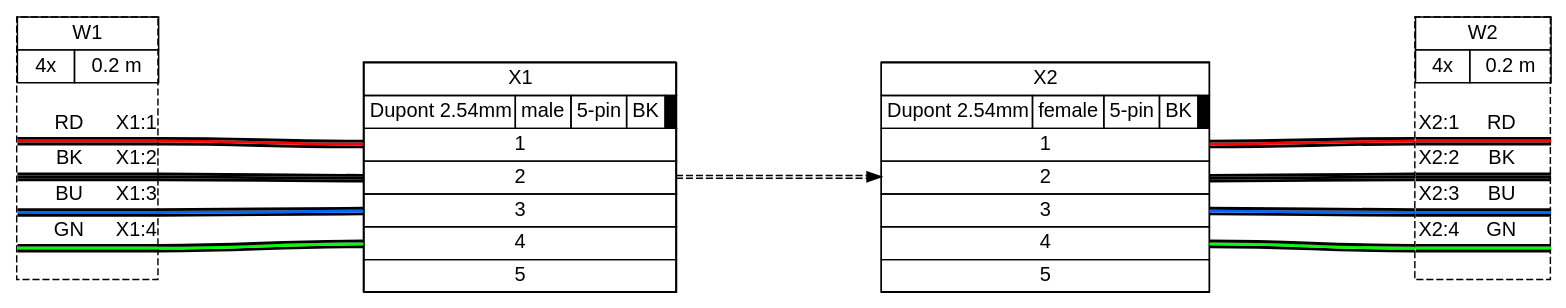
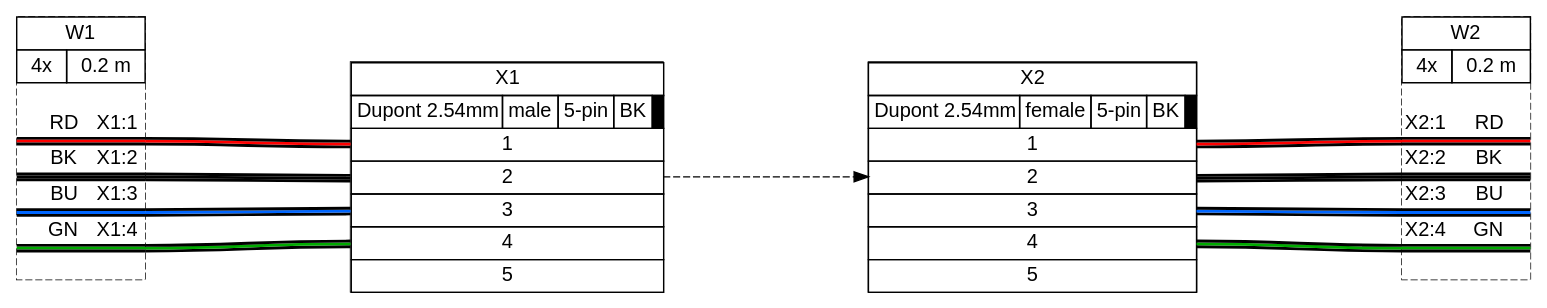
One commit to tobiasfalk/WireViz changed the diagram in examples/ex12.gv. Above: the diagram before and after it, drawn with Graphviz. The commit also changed 121 other files, not shown here.

```diff
--- a/examples/ex12.gv
+++ b/examples/ex12.gv
@@ -1,269 +1,383 @@
 graph {
-// Graph generated by WireViz 0.4-dev
-// https://github.com/formatc1702/WireViz
+// Graph generated by WireViz 0.5-dev+refactor
+// https://github.com/wireviz/WireViz
 	graph [bgcolor="#FFFFFF" fontname=arial nodesep=0.33 rankdir=LR ranksep=2]
 	node [fillcolor="#FFFFFF" fontname=arial height=0 margin=0 shape=none style=filled width=0]
 	edge [fontname=arial style=bold]
 	X1 [label=<
-<table border="0" cellspacing="0" cellpadding="0">
- <tr><td>
-  <table border="0" cellspacing="0" cellpadding="3" cellborder="1"><tr>
-   <td balign="left">X1</td>
-  </tr></table>
- </td></tr>
- <tr><td>
-  <table border="0" cellspacing="0" cellpadding="3" cellborder="1"><tr>
-   <td balign="left">Dupont 2.54mm</td>
-   <td balign="left">male</td>
-   <td balign="left">5-pin</td>
-   <td balign="left">BK</td>
-   <td balign="left" bgcolor="#000000" width="4"></td>
-  </tr></table>
- </td></tr>
- <tr><td>
-  <table border="0" cellspacing="0" cellpadding="3" cellborder="1">
-   <tr>
-    <td port="p1l">1</td>
-   </tr>
-   <tr>
-    <td port="p2l">2</td>
-   </tr>
-   <tr>
-    <td port="p3l">3</td>
-   </tr>
-   <tr>
-    <td port="p4l">4</td>
-   </tr>
-   <tr>
-    <td port="p5l">5</td>
-   </tr>
-  </table>
- </td></tr>
+<table border="0" cellspacing="0" cellpadding="0" bgcolor="#FFFFFF">
+ <tr>
+  <td>
+   <table border="0" cellborder="1" cellpadding="3" cellspacing="0">
+    <tr>
+     <td>X1</td>
+    </tr>
+   </table>
+  </td>
+ </tr>
+ <tr>
+  <td>
+   <table border="0" cellborder="1" cellpadding="3" cellspacing="0">
+    <tr>
+     <td>Dupont 2.54mm</td>
+     <td>male</td>
+     <td>5-pin</td>
+     <td>BK</td>
+     <td bgcolor="#000000" sides="TBLR"></td>
+    </tr>
+   </table>
+  </td>
+ </tr>
+ <tr>
+  <td>
+   <table border="0" cellborder="1" cellpadding="3" cellspacing="0">
+    <tr>
+     <td port="p1l">1</td>
+     
+    </tr>
+    <tr>
+     <td port="p2l">2</td>
+     
+    </tr>
+    <tr>
+     <td port="p3l">3</td>
+     
+    </tr>
+    <tr>
+     <td port="p4l">4</td>
+     
+    </tr>
+    <tr>
+     <td port="p5l">5</td>
+     
+    </tr>
+   </table>
+  </td>
+ </tr>
 </table>
-> fillcolor="#FFFFFF" shape=box style=filled]
+> shape=box style=filled]
 	X2 [label=<
-<table border="0" cellspacing="0" cellpadding="0">
- <tr><td>
-  <table border="0" cellspacing="0" cellpadding="3" cellborder="1"><tr>
-   <td balign="left">X2</td>
-  </tr></table>
- </td></tr>
- <tr><td>
-  <table border="0" cellspacing="0" cellpadding="3" cellborder="1"><tr>
-   <td balign="left">Dupont 2.54mm</td>
-   <td balign="left">female</td>
-   <td balign="left">5-pin</td>
-   <td balign="left">BK</td>
-   <td balign="left" bgcolor="#000000" width="4"></td>
-  </tr></table>
- </td></tr>
- <tr><td>
-  <table border="0" cellspacing="0" cellpadding="3" cellborder="1">
-   <tr>
-    <td port="p1r">1</td>
-   </tr>
-   <tr>
-    <td port="p2r">2</td>
-   </tr>
-   <tr>
-    <td port="p3r">3</td>
-   </tr>
-   <tr>
-    <td port="p4r">4</td>
-   </tr>
-   <tr>
-    <td port="p5r">5</td>
-   </tr>
-  </table>
- </td></tr>
+<table border="0" cellspacing="0" cellpadding="0" bgcolor="#FFFFFF">
+ <tr>
+  <td>
+   <table border="0" cellborder="1" cellpadding="3" cellspacing="0">
+    <tr>
+     <td>X2</td>
+    </tr>
+   </table>
+  </td>
+ </tr>
+ <tr>
+  <td>
+   <table border="0" cellborder="1" cellpadding="3" cellspacing="0">
+    <tr>
+     <td>Dupont 2.54mm</td>
+     <td>female</td>
+     <td>5-pin</td>
+     <td>BK</td>
+     <td bgcolor="#000000" sides="TBLR"></td>
+    </tr>
+   </table>
+  </td>
+ </tr>
+ <tr>
+  <td>
+   <table border="0" cellborder="1" cellpadding="3" cellspacing="0">
+    <tr>
+     
+     <td port="p1r">1</td>
+    </tr>
+    <tr>
+     
+     <td port="p2r">2</td>
+    </tr>
+    <tr>
+     
+     <td port="p3r">3</td>
+    </tr>
+    <tr>
+     
+     <td port="p4r">4</td>
+    </tr>
+    <tr>
+     
+     <td port="p5r">5</td>
+    </tr>
+   </table>
+  </td>
+ </tr>
 </table>
-> fillcolor="#FFFFFF" shape=box style=filled]
-	edge [color="#000000:#ff0000:#000000"]
+> shape=box style=filled]
+	W1 [label=<
+<table border="0" cellspacing="0" cellpadding="0" bgcolor="#FFFFFF">
+ <tr>
+  <td>
+   <table border="0" cellborder="1" cellpadding="3" cellspacing="0">
+    <tr>
+     <td>W1</td>
+    </tr>
+   </table>
+  </td>
+ </tr>
+ <tr>
+  <td>
+   <table border="0" cellborder="1" cellpadding="3" cellspacing="0">
+    <tr>
+     <td>4x</td>
+     <td>0.2 m</td>
+    </tr>
+   </table>
+  </td>
+ </tr>
+ <tr>
+  <td>
+   <table border="0" cellborder="0" cellspacing="0">
+    <tr>
+     <td>&nbsp;</td>
+    </tr>
+    <tr>
+     <td align="left"> </td>
+     <td> </td>
+     <td></td>
+     <td>RD</td>
+     <td> </td>
+     <td align="right">X1:1 </td>
+    </tr>
+    <tr>
+     <td border="0" cellspacing="0" cellpadding="0" colspan="6" height="6" port="w1">
+      <table border="0" cellborder="0" cellspacing="0">
+       <tr>
+        <td bgcolor="#000000" border="0" cellpadding="0" colspan="6" height="2"></td>
+       </tr>
+       <tr>
+        <td bgcolor="#FF0000" border="0" cellpadding="0" colspan="6" height="2"></td>
+       </tr>
+       <tr>
+        <td bgcolor="#000000" border="0" cellpadding="0" colspan="6" height="2"></td>
+       </tr>
+      </table>
+     </td>
+    </tr>
+    <tr>
+     <td align="left"> </td>
+     <td> </td>
+     <td></td>
+     <td>BK</td>
+     <td> </td>
+     <td align="right">X1:2 </td>
+    </tr>
+    <tr>
+     <td border="0" cellspacing="0" cellpadding="0" colspan="6" height="6" port="w2">
+      <table border="0" cellborder="0" cellspacing="0">
+       <tr>
+        <td bgcolor="#000000" border="0" cellpadding="0" colspan="6" height="2"></td>
+       </tr>
+       <tr>
+        <td bgcolor="#000000" border="0" cellpadding="0" colspan="6" height="2"></td>
+       </tr>
+       <tr>
+        <td bgcolor="#000000" border="0" cellpadding="0" colspan="6" height="2"></td>
+       </tr>
+      </table>
+     </td>
+    </tr>
+    <tr>
+     <td align="left"> </td>
+     <td> </td>
+     <td></td>
+     <td>BU</td>
+     <td> </td>
+     <td align="right">X1:3 </td>
+    </tr>
+    <tr>
+     <td border="0" cellspacing="0" cellpadding="0" colspan="6" height="6" port="w3">
+      <table border="0" cellborder="0" cellspacing="0">
+       <tr>
+        <td bgcolor="#000000" border="0" cellpadding="0" colspan="6" height="2"></td>
+       </tr>
+       <tr>
+        <td bgcolor="#0066FF" border="0" cellpadding="0" colspan="6" height="2"></td>
+       </tr>
+       <tr>
+        <td bgcolor="#000000" border="0" cellpadding="0" colspan="6" height="2"></td>
+       </tr>
+      </table>
+     </td>
+    </tr>
+    <tr>
+     <td align="left"> </td>
+     <td> </td>
+     <td></td>
+     <td>GN</td>
+     <td> </td>
+     <td align="right">X1:4 </td>
+    </tr>
+    <tr>
+     <td border="0" cellspacing="0" cellpadding="0" colspan="6" height="6" port="w4">
+      <table border="0" cellborder="0" cellspacing="0">
+       <tr>
+        <td bgcolor="#000000" border="0" cellpadding="0" colspan="6" height="2"></td>
+       </tr>
+       <tr>
+        <td bgcolor="#00AA00" border="0" cellpadding="0" colspan="6" height="2"></td>
+       </tr>
+       <tr>
+        <td bgcolor="#000000" border="0" cellpadding="0" colspan="6" height="2"></td>
+       </tr>
+      </table>
+     </td>
+    </tr>
+    <tr>
+     <td>&nbsp;</td>
+    </tr>
+   </table>
+  </td>
+ </tr>
+</table>
+> shape=box style="filled,dashed"]
+	edge [color="#000000:#FF0000:#000000"]
 	W1:w1:e -- X1:p1l:w
 	edge [color="#000000:#000000:#000000"]
 	W1:w2:e -- X1:p2l:w
-	edge [color="#000000:#0066ff:#000000"]
+	edge [color="#000000:#0066FF:#000000"]
 	W1:w3:e -- X1:p3l:w
-	edge [color="#000000:#00ff00:#000000"]
+	edge [color="#000000:#00AA00:#000000"]
 	W1:w4:e -- X1:p4l:w
-	W1 [label=<
-<table border="0" cellspacing="0" cellpadding="0">
- <tr><td>
-  <table border="0" cellspacing="0" cellpadding="3" cellborder="1"><tr>
-   <td balign="left">W1</td>
-  </tr></table>
- </td></tr>
- <tr><td>
-  <table border="0" cellspacing="0" cellpadding="3" cellborder="1"><tr>
-   <td balign="left">4x</td>
-   <td balign="left">0.2 m</td>
-  </tr></table>
- </td></tr>
- <tr><td>
-  <table border="0" cellspacing="0" cellborder="0">
-   <tr><td>&nbsp;</td></tr>
-   <tr>
-    <td><!-- 1_in --></td>
-    <td>
-     RD
-    </td>
-    <td>X1:1</td>
-   </tr>
-   <tr>
-    <td colspan="3" border="0" cellspacing="0" cellpadding="0" port="w1" height="6">
-     <table cellspacing="0" cellborder="0" border="0">
-      <tr><td colspan="3" cellpadding="0" height="2" bgcolor="#000000" border="0"></td></tr>
-      <tr><td colspan="3" cellpadding="0" height="2" bgcolor="#ff0000" border="0"></td></tr>
-      <tr><td colspan="3" cellpadding="0" height="2" bgcolor="#000000" border="0"></td></tr>
-     </table>
-    </td>
-   </tr>
-   <tr>
-    <td><!-- 2_in --></td>
-    <td>
-     BK
-    </td>
-    <td>X1:2</td>
-   </tr>
-   <tr>
-    <td colspan="3" border="0" cellspacing="0" cellpadding="0" port="w2" height="6">
-     <table cellspacing="0" cellborder="0" border="0">
-      <tr><td colspan="3" cellpadding="0" height="2" bgcolor="#000000" border="0"></td></tr>
-      <tr><td colspan="3" cellpadding="0" height="2" bgcolor="#000000" border="0"></td></tr>
-      <tr><td colspan="3" cellpadding="0" height="2" bgcolor="#000000" border="0"></td></tr>
-     </table>
-    </td>
-   </tr>
-   <tr>
-    <td><!-- 3_in --></td>
-    <td>
-     BU
-    </td>
-    <td>X1:3</td>
-   </tr>
-   <tr>
-    <td colspan="3" border="0" cellspacing="0" cellpadding="0" port="w3" height="6">
-     <table cellspacing="0" cellborder="0" border="0">
-      <tr><td colspan="3" cellpadding="0" height="2" bgcolor="#000000" border="0"></td></tr>
-      <tr><td colspan="3" cellpadding="0" height="2" bgcolor="#0066ff" border="0"></td></tr>
-      <tr><td colspan="3" cellpadding="0" height="2" bgcolor="#000000" border="0"></td></tr>
-     </table>
-    </td>
-   </tr>
-   <tr>
-    <td><!-- 4_in --></td>
-    <td>
-     GN
-    </td>
-    <td>X1:4</td>
-   </tr>
-   <tr>
-    <td colspan="3" border="0" cellspacing="0" cellpadding="0" port="w4" height="6">
-     <table cellspacing="0" cellborder="0" border="0">
-      <tr><td colspan="3" cellpadding="0" height="2" bgcolor="#000000" border="0"></td></tr>
-      <tr><td colspan="3" cellpadding="0" height="2" bgcolor="#00ff00" border="0"></td></tr>
-      <tr><td colspan="3" cellpadding="0" height="2" bgcolor="#000000" border="0"></td></tr>
-     </table>
-    </td>
-   </tr>
-   <tr><td>&nbsp;</td></tr>
-  </table>
- </td></tr>
+	W2 [label=<
+<table border="0" cellspacing="0" cellpadding="0" bgcolor="#FFFFFF">
+ <tr>
+  <td>
+   <table border="0" cellborder="1" cellpadding="3" cellspacing="0">
+    <tr>
+     <td>W2</td>
+    </tr>
+   </table>
+  </td>
+ </tr>
+ <tr>
+  <td>
+   <table border="0" cellborder="1" cellpadding="3" cellspacing="0">
+    <tr>
+     <td>4x</td>
+     <td>0.2 m</td>
+    </tr>
+   </table>
+  </td>
+ </tr>
+ <tr>
+  <td>
+   <table border="0" cellborder="0" cellspacing="0">
+    <tr>
+     <td>&nbsp;</td>
+    </tr>
+    <tr>
+     <td align="left"> X2:1</td>
+     <td> </td>
+     <td></td>
+     <td>RD</td>
+     <td> </td>
+     <td align="right"> </td>
+    </tr>
+    <tr>
+     <td border="0" cellspacing="0" cellpadding="0" colspan="6" height="6" port="w1">
+      <table border="0" cellborder="0" cellspacing="0">
+       <tr>
+        <td bgcolor="#000000" border="0" cellpadding="0" colspan="6" height="2"></td>
+       </tr>
+       <tr>
+        <td bgcolor="#FF0000" border="0" cellpadding="0" colspan="6" height="2"></td>
+       </tr>
+       <tr>
+        <td bgcolor="#000000" border="0" cellpadding="0" colspan="6" height="2"></td>
+       </tr>
+      </table>
+     </td>
+    </tr>
+    <tr>
+     <td align="left"> X2:2</td>
+     <td> </td>
+     <td></td>
+     <td>BK</td>
+     <td> </td>
+     <td align="right"> </td>
+    </tr>
+    <tr>
+     <td border="0" cellspacing="0" cellpadding="0" colspan="6" height="6" port="w2">
+      <table border="0" cellborder="0" cellspacing="0">
+       <tr>
+        <td bgcolor="#000000" border="0" cellpadding="0" colspan="6" height="2"></td>
+       </tr>
+       <tr>
+        <td bgcolor="#000000" border="0" cellpadding="0" colspan="6" height="2"></td>
+       </tr>
+       <tr>
+        <td bgcolor="#000000" border="0" cellpadding="0" colspan="6" height="2"></td>
+       </tr>
+      </table>
+     </td>
+    </tr>
+    <tr>
+     <td align="left"> X2:3</td>
+     <td> </td>
+     <td></td>
+     <td>BU</td>
+     <td> </td>
+     <td align="right"> </td>
+    </tr>
+    <tr>
+     <td border="0" cellspacing="0" cellpadding="0" colspan="6" height="6" port="w3">
+      <table border="0" cellborder="0" cellspacing="0">
+       <tr>
+        <td bgcolor="#000000" border="0" cellpadding="0" colspan="6" height="2"></td>
+       </tr>
+       <tr>
+        <td bgcolor="#0066FF" border="0" cellpadding="0" colspan="6" height="2"></td>
+       </tr>
+       <tr>
+        <td bgcolor="#000000" border="0" cellpadding="0" colspan="6" height="2"></td>
+       </tr>
+      </table>
+     </td>
+    </tr>
+    <tr>
+     <td align="left"> X2:4</td>
+     <td> </td>
+     <td></td>
+     <td>GN</td>
+     <td> </td>
+     <td align="right"> </td>
+    </tr>
+    <tr>
+     <td border="0" cellspacing="0" cellpadding="0" colspan="6" height="6" port="w4">
+      <table border="0" cellborder="0" cellspacing="0">
+       <tr>
+        <td bgcolor="#000000" border="0" cellpadding="0" colspan="6" height="2"></td>
+       </tr>
+       <tr>
+        <td bgcolor="#00AA00" border="0" cellpadding="0" colspan="6" height="2"></td>
+       </tr>
+       <tr>
+        <td bgcolor="#000000" border="0" cellpadding="0" colspan="6" height="2"></td>
+       </tr>
+      </table>
+     </td>
+    </tr>
+    <tr>
+     <td>&nbsp;</td>
+    </tr>
+   </table>
+  </td>
+ </tr>
 </table>
-> fillcolor="#FFFFFF" shape=box style="filled,dashed"]
-	edge [color="#000000:#ff0000:#000000"]
+> shape=box style="filled,dashed"]
+	edge [color="#000000:#FF0000:#000000"]
 	X2:p1r:e -- W2:w1:w
 	edge [color="#000000:#000000:#000000"]
 	X2:p2r:e -- W2:w2:w
-	edge [color="#000000:#0066ff:#000000"]
+	edge [color="#000000:#0066FF:#000000"]
 	X2:p3r:e -- W2:w3:w
-	edge [color="#000000:#00ff00:#000000"]
+	edge [color="#000000:#00AA00:#000000"]
 	X2:p4r:e -- W2:w4:w
-	W2 [label=<
-<table border="0" cellspacing="0" cellpadding="0">
- <tr><td>
-  <table border="0" cellspacing="0" cellpadding="3" cellborder="1"><tr>
-   <td balign="left">W2</td>
-  </tr></table>
- </td></tr>
- <tr><td>
-  <table border="0" cellspacing="0" cellpadding="3" cellborder="1"><tr>
-   <td balign="left">4x</td>
-   <td balign="left">0.2 m</td>
-  </tr></table>
- </td></tr>
- <tr><td>
-  <table border="0" cellspacing="0" cellborder="0">
-   <tr><td>&nbsp;</td></tr>
-   <tr>
-    <td>X2:1</td>
-    <td>
-     RD
-    </td>
-    <td><!-- 1_out --></td>
-   </tr>
-   <tr>
-    <td colspan="3" border="0" cellspacing="0" cellpadding="0" port="w1" height="6">
-     <table cellspacing="0" cellborder="0" border="0">
-      <tr><td colspan="3" cellpadding="0" height="2" bgcolor="#000000" border="0"></td></tr>
-      <tr><td colspan="3" cellpadding="0" height="2" bgcolor="#ff0000" border="0"></td></tr>
-      <tr><td colspan="3" cellpadding="0" height="2" bgcolor="#000000" border="0"></td></tr>
-     </table>
-    </td>
-   </tr>
-   <tr>
-    <td>X2:2</td>
-    <td>
-     BK
-    </td>
-    <td><!-- 2_out --></td>
-   </tr>
-   <tr>
-    <td colspan="3" border="0" cellspacing="0" cellpadding="0" port="w2" height="6">
-     <table cellspacing="0" cellborder="0" border="0">
-      <tr><td colspan="3" cellpadding="0" height="2" bgcolor="#000000" border="0"></td></tr>
-      <tr><td colspan="3" cellpadding="0" height="2" bgcolor="#000000" border="0"></td></tr>
-      <tr><td colspan="3" cellpadding="0" height="2" bgcolor="#000000" border="0"></td></tr>
-     </table>
-    </td>
-   </tr>
-   <tr>
-    <td>X2:3</td>
-    <td>
-     BU
-    </td>
-    <td><!-- 3_out --></td>
-   </tr>
-   <tr>
-    <td colspan="3" border="0" cellspacing="0" cellpadding="0" port="w3" height="6">
-     <table cellspacing="0" cellborder="0" border="0">
-      <tr><td colspan="3" cellpadding="0" height="2" bgcolor="#000000" border="0"></td></tr>
-      <tr><td colspan="3" cellpadding="0" height="2" bgcolor="#0066ff" border="0"></td></tr>
-      <tr><td colspan="3" cellpadding="0" height="2" bgcolor="#000000" border="0"></td></tr>
-     </table>
-    </td>
-   </tr>
-   <tr>
-    <td>X2:4</td>
-    <td>
-     GN
-    </td>
-    <td><!-- 4_out --></td>
-   </tr>
-   <tr>
-    <td colspan="3" border="0" cellspacing="0" cellpadding="0" port="w4" height="6">
-     <table cellspacing="0" cellborder="0" border="0">
-      <tr><td colspan="3" cellpadding="0" height="2" bgcolor="#000000" border="0"></td></tr>
-      <tr><td colspan="3" cellpadding="0" height="2" bgcolor="#00ff00" border="0"></td></tr>
-      <tr><td colspan="3" cellpadding="0" height="2" bgcolor="#000000" border="0"></td></tr>
-     </table>
-    </td>
-   </tr>
-   <tr><td>&nbsp;</td></tr>
-  </table>
- </td></tr>
-</table>
-> fillcolor="#FFFFFF" shape=box style="filled,dashed"]
-	edge [color="#000000:#000000" dir=forward style=dashed]
+	edge [color="#000000" dir=forward style=dashed]
 	X1:e -- X2:w
 }
```
